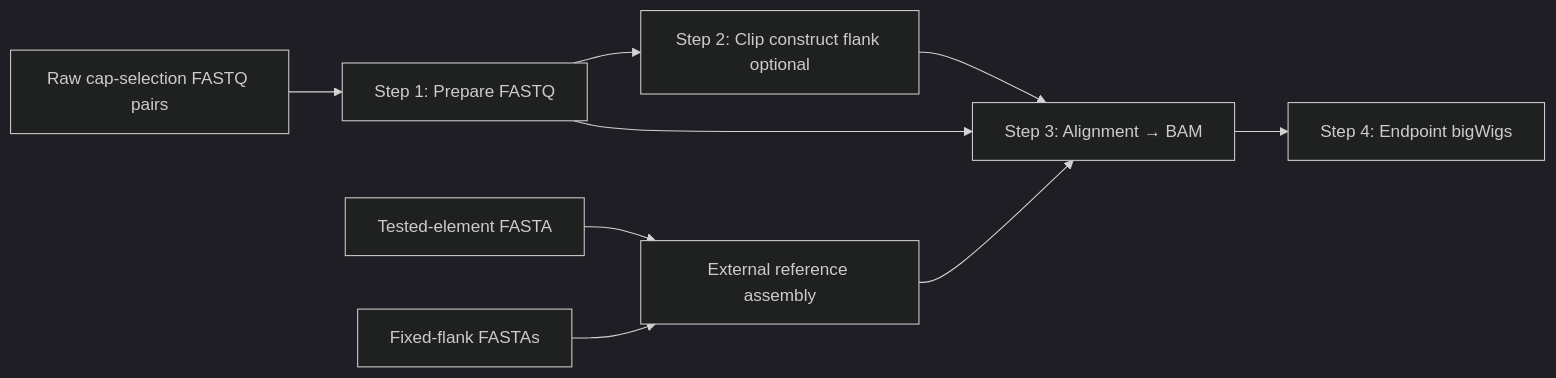
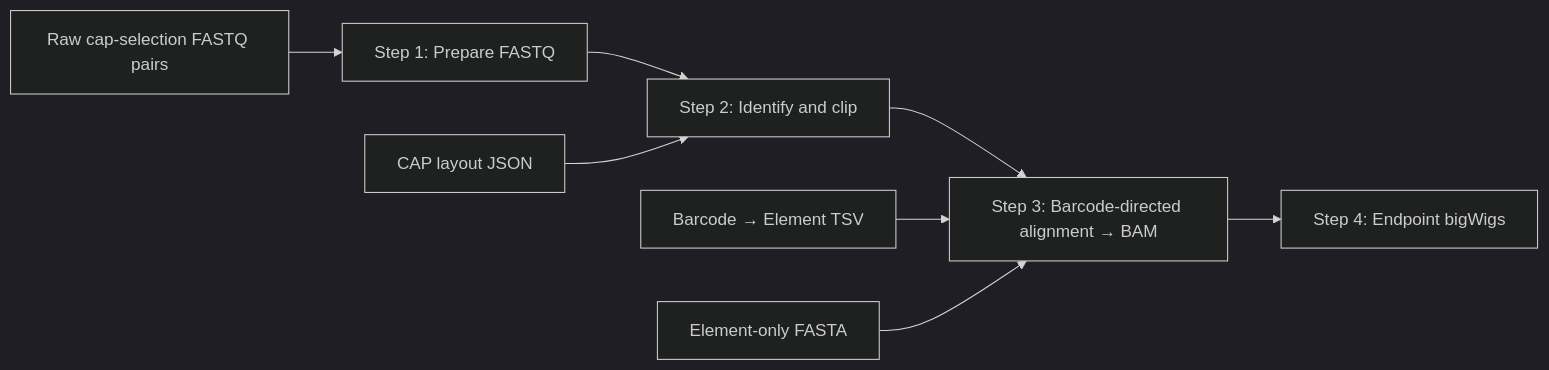
The diagram in docs/cap-selection/workflow.md (haiyuan-yu-lab/reporter-assay-pipeline-doc), drawn with Mermaid (dark theme) before and after one commit. The commit also changed other lines of this file and 35 other files, not shown here.

````diff
--- a/docs/cap-selection/workflow.md
+++ b/docs/cap-selection/workflow.md
@@ -29,14 +27,14 @@
 ```mermaid
 flowchart LR
     RAW[Raw cap-selection FASTQ pairs]
-    ELEMENTS[Tested-element FASTA]
-    ADAPTERS[Fixed-flank FASTAs]
+    LAYOUT[CAP layout JSON]
+    MAP[Barcode → Element TSV]
+    ELEMENTS[Element-only FASTA]
     RAW --> S1[Step 1: Prepare FASTQ]
-    S1 --> S2[Step 2: Clip construct flank optional]
-    S2 --> S3[Step 3: Alignment → BAM]
-    S1 --> S3
-    ELEMENTS --> ASM[External reference assembly]
-    ADAPTERS --> ASM
-    ASM --> S3
+    S1 --> S2[Step 2: Identify and clip]
+    LAYOUT --> S2
+    S2 --> S3[Step 3: Barcode-directed alignment → BAM]
+    MAP --> S3
+    ELEMENTS --> S3
     S3 --> S4[Step 4: Endpoint bigWigs]
 ```
````
